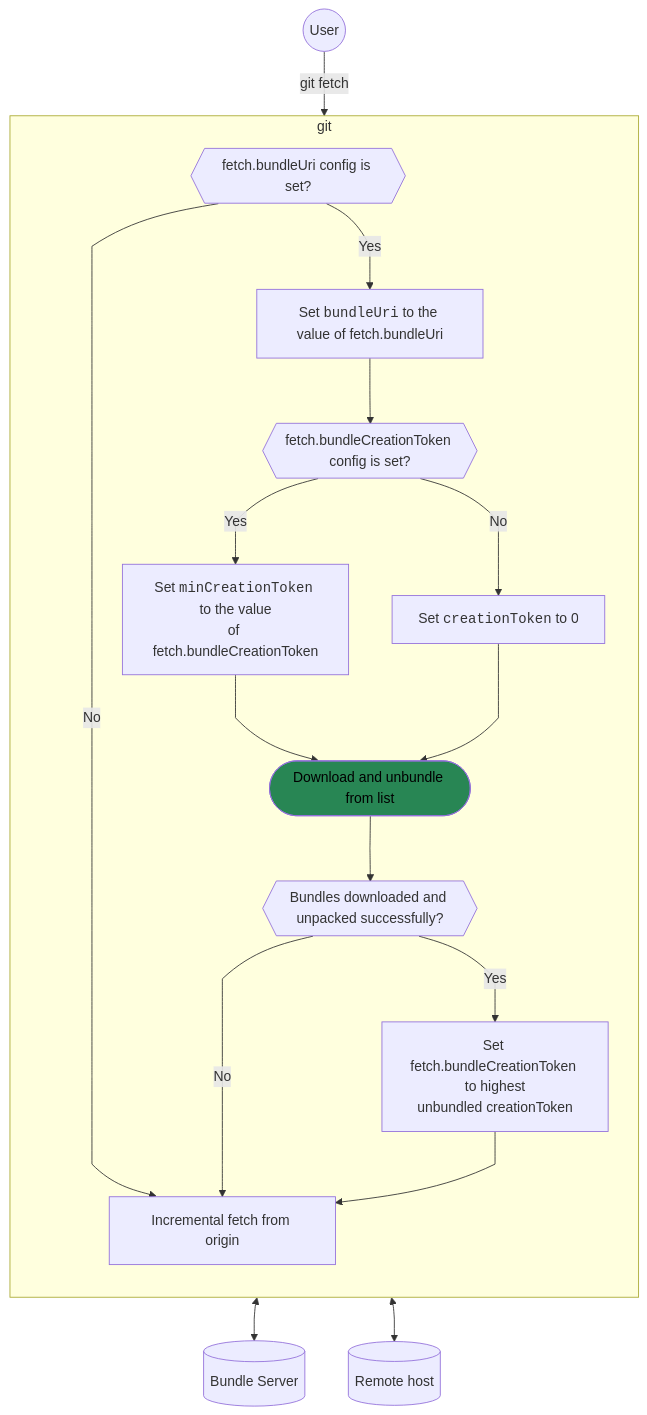
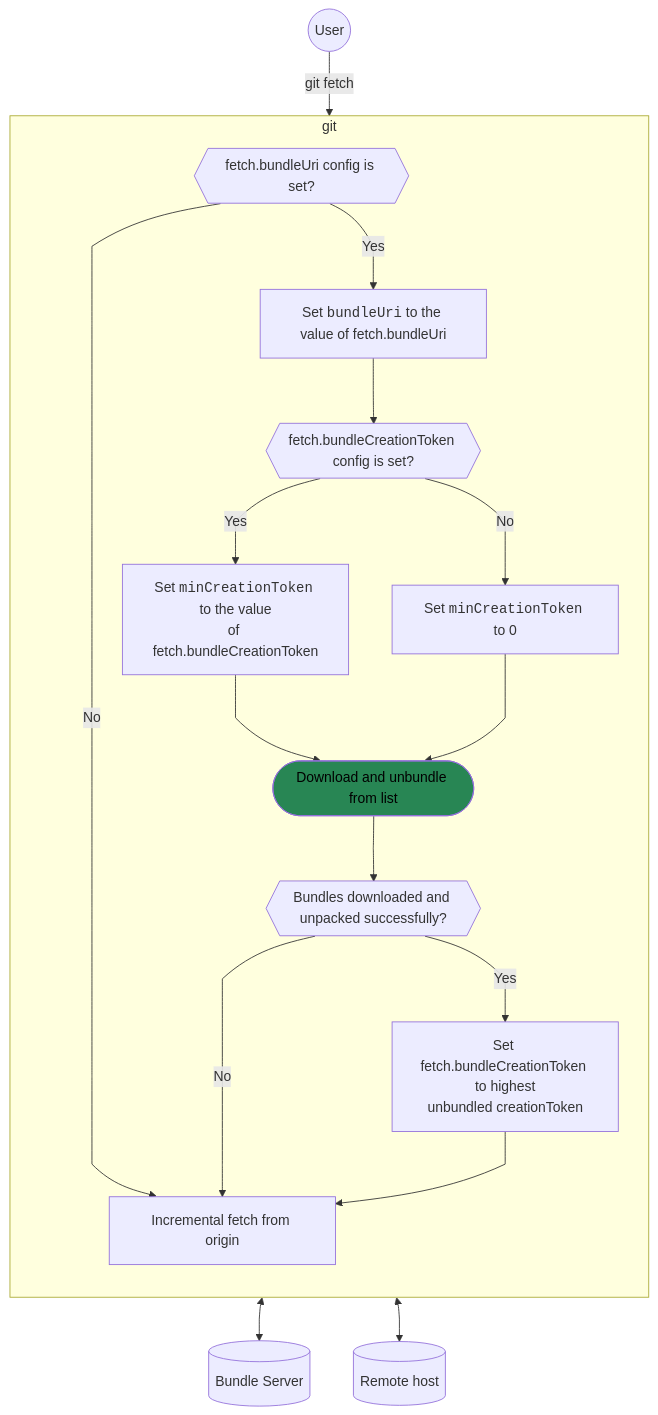
One commit to git-ecosystem/git-bundle-server changed the fourth of 4 diagrams in docs/technical/architecture.md. Above: the diagram before and after it, drawn with Mermaid.

Commit message:
docs: fix 'creationToken' -> 'minCreationToken'
Fix the reference to 'creationToken' in the 'git fetch' flow by changing it
to 'minCreationToken', consistent with the other diagrams in the document.

````diff
--- a/docs/technical/architecture.md
+++ b/docs/technical/architecture.md
@@ -214,36 +214,36 @@
 ```mermaid
 %%{ init: { 'flowchart': { 'curve': 'monotoneX' } } }%%
 flowchart TB;
     user((User))
     subgraph git
         direction TB
 
         bundleUriExists{{"fetch.bundleUri config is set?"}}
         setBundleUri["Set <code>bundleUri</code> to the value of fetch.bundleUri"]
         creationTokenExists{{"fetch.bundleCreationToken config is set?"}}
         setCreationToken["Set <code>minCreationToken</code> to the value\nof fetch.bundleCreationToken"]
-        setCreationTokenZero["Set <code>creationToken</code> to 0"]
+        setCreationTokenZero["Set <code>minCreationToken</code> to 0"]
         downloadAndUnbundle(["Download and unbundle from list"])
         bundleSuccess{{"Bundles downloaded and unpacked successfully?"}}
         saveCreationToken["Set fetch.bundleCreationToken to highest\nunbundled creationToken"]
         incrementalFetch["Incremental fetch from origin"]
 
         style downloadAndUnbundle fill:#288654,color:#000000
     end
     bundleServer[(Bundle Server)]
     origin[(Remote host)]
 
     user --> |"git fetch"| bundleUriExists
     bundleUriExists --> |Yes| setBundleUri
     bundleUriExists --> |No| incrementalFetch
     setBundleUri --> creationTokenExists
     creationTokenExists --> |Yes| setCreationToken
     creationTokenExists --> |No| setCreationTokenZero
     setCreationToken & setCreationTokenZero --> downloadAndUnbundle
     downloadAndUnbundle <--> bundleServer
     downloadAndUnbundle --> bundleSuccess
     bundleSuccess --> |Yes| saveCreationToken
     bundleSuccess --> |No| incrementalFetch
     saveCreationToken --> incrementalFetch
     incrementalFetch <--> origin
 ```
````
